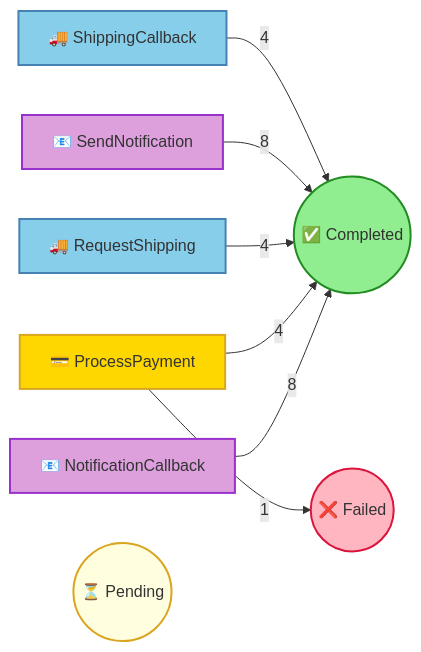
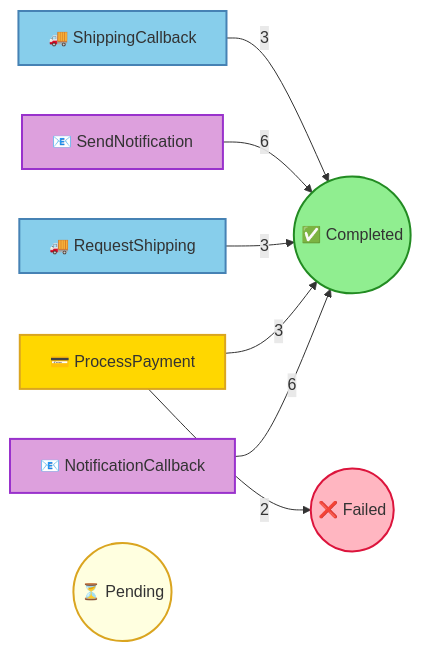
Before and after one commit to Iterable/mechanoid: the diagram in docs/visualizations/command-queue.md, drawn with Mermaid. The commit also changed other lines of this file and 19 other files, not shown here.

````diff
--- a/docs/visualizations/command-queue.md
+++ b/docs/visualizations/command-queue.md
@@ -15,29 +15,29 @@
 ```mermaid
 flowchart LR
     cmd0["📧 NotificationCallback"]
     cmd1["💳 ProcessPayment"]
     cmd2["🚚 RequestShipping"]
     cmd3["📧 SendNotification"]
     cmd4["🚚 ShippingCallback"]
 
     completed(("✅ Completed"))
     failed(("❌ Failed"))
     pending(("⏳ Pending"))
 
     style completed fill:#90EE90,stroke:#228B22,stroke-width:2px
     style failed fill:#FFB6C1,stroke:#DC143C,stroke-width:2px
     style pending fill:#FFFFE0,stroke:#DAA520,stroke-width:2px
 
     style cmd0 fill:#DDA0DD,stroke:#9932CC,stroke-width:2px
     style cmd1 fill:#FFD700,stroke:#DAA520,stroke-width:2px
     style cmd2 fill:#87CEEB,stroke:#4682B4,stroke-width:2px
     style cmd3 fill:#DDA0DD,stroke:#9932CC,stroke-width:2px
     style cmd4 fill:#87CEEB,stroke:#4682B4,stroke-width:2px
 
-    cmd0 -->|8| completed
-    cmd1 -->|4| completed
-    cmd1 -->|1| failed
-    cmd2 -->|4| completed
-    cmd3 -->|8| completed
-    cmd4 -->|4| completed
+    cmd0 -->|6| completed
+    cmd1 -->|3| completed
+    cmd1 -->|2| failed
+    cmd2 -->|3| completed
+    cmd3 -->|6| completed
+    cmd4 -->|3| completed
 ```
````
